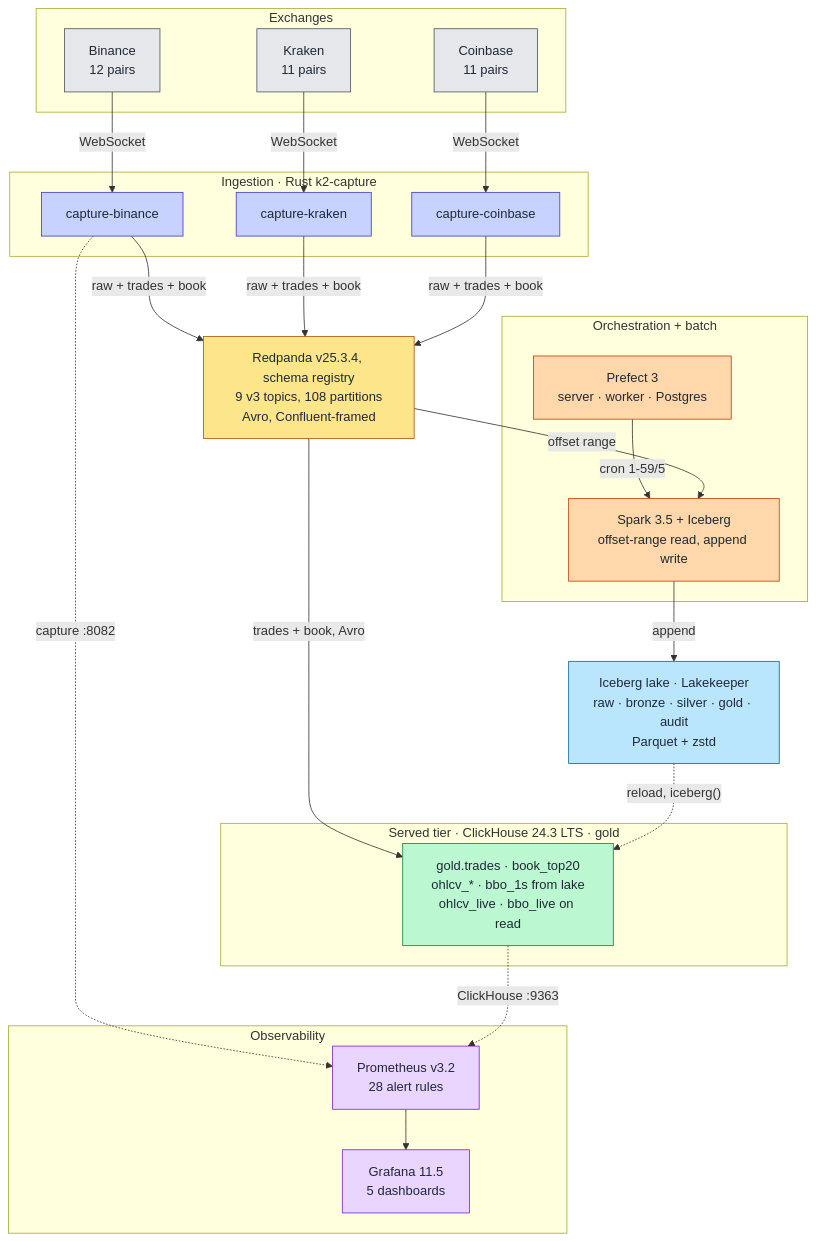
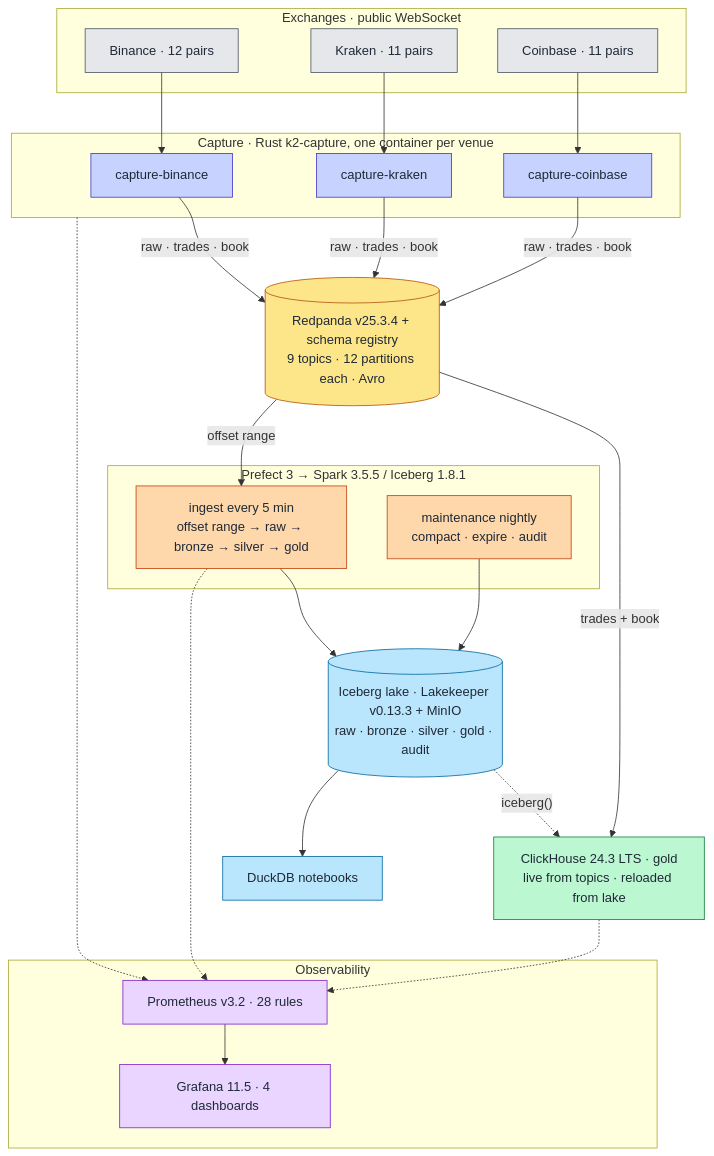
The diagram in docs/architecture/README.md (rjdscott/k2-market-data-platform), drawn with Mermaid before and after one commit. The commit also changed other lines of this file and 3 other files, not shown here.

First line of the commit message:
docs: rewrite README and architecture README to the v3 as-built stack (#105)

````diff
--- a/docs/architecture/README.md
+++ b/docs/architecture/README.md
@@ -13,63 +10,51 @@
 ```mermaid
 flowchart TB
-    subgraph EX["Exchanges"]
-        BIN["Binance<br/>12 pairs"]
-        KRK["Kraken<br/>11 pairs"]
-        CBS["Coinbase<br/>11 pairs"]
+    subgraph EX["Exchanges · public WebSocket"]
+        BIN["Binance · 12 pairs"]
+        KRK["Kraken · 11 pairs"]
+        CBS["Coinbase · 11 pairs"]
     end
-
-    subgraph FH["Ingestion · Rust k2-capture"]
+    subgraph CAP["Capture · Rust k2-capture, one container per venue"]
         FHB["capture-binance"]
         FHK["capture-kraken"]
         FHC["capture-coinbase"]
     end
-
-    RP["Redpanda v25.3.4, schema registry<br/>9 v3 topics, 108 partitions<br/>Avro, Confluent-framed"]
-
-    subgraph CH["Served tier · ClickHouse 24.3 LTS · gold"]
-        MED["gold.trades · book_top20<br/>ohlcv_* · bbo_1s from lake<br/>ohlcv_live · bbo_live on read"]
+    RP[("Redpanda v25.3.4 + schema registry<br/>9 topics · 12 partitions each · Avro")]
+    subgraph BATCH["Prefect 3 → Spark 3.5.5 / Iceberg 1.8.1"]
+        ING["ingest every 5 min<br/>offset range → raw → bronze → silver → gold"]
+        MNT["maintenance nightly<br/>compact · expire · audit"]
+    end
+    ICE[("Iceberg lake · Lakekeeper v0.13.3 + MinIO<br/>raw · bronze · silver · gold · audit")]
+    CH["ClickHouse 24.3 LTS · gold<br/>live from topics · reloaded from lake"]
+    NB["DuckDB notebooks"]
+    subgraph OBS["Observability"]
+        PR["Prometheus v3.2 · 28 rules"]
+        GR["Grafana 11.5 · 4 dashboards"]
     end
 
-    subgraph BATCH["Orchestration + batch"]
-        PF["Prefect 3<br/>server · worker · Postgres"]
-        SP["Spark 3.5 + Iceberg<br/>offset-range read, append write"]
-    end
+    BIN --> FHB
+    KRK --> FHK
+    CBS --> FHC
+    FHB & FHK & FHC -->|"raw · trades · book"| RP
+    RP -->|"trades + book"| CH
+    RP -->|"offset range"| ING --> ICE
+    MNT --> ICE
+    ICE -.->|"iceberg()"| CH
+    ICE --> NB
+    CAP & CH & ING -.-> PR --> GR
 
-    ICE["Iceberg lake · Lakekeeper<br/>raw · bronze · silver · gold · audit<br/>Parquet + zstd"]
-
-    subgraph OBS["Observability"]
-        PR["Prometheus v3.2<br/>28 alert rules"]
-        GR["Grafana 11.5<br/>5 dashboards"]
-    end
-
-    BIN -->|WebSocket| FHB
-    KRK -->|WebSocket| FHK
-    CBS -->|WebSocket| FHC
-    FHB -->|"raw + trades + book"| RP
-    FHK -->|"raw + trades + book"| RP
-    FHC -->|"raw + trades + book"| RP
-    RP -->|"trades + book, Avro"| MED
-    PF -->|"cron 1-59/5"| SP
-    RP -->|"offset range"| SP
-    SP -->|append| ICE
-    ICE -.->|"reload, iceberg()"| MED
-    FHB -.->|"capture :8082"| PR
-    MED -.->|"ClickHouse :9363"| PR
-    PR --> GR
-
-    classDef exchange fill:#e5e7eb,stroke:#4b5563,color:#1f2937
-    classDef rust fill:#c7d2fe,stroke:#4338ca,color:#1f2937
-    classDef stream fill:#fde68a,stroke:#b45309,color:#1f2937
+    classDef ex fill:#e5e7eb,stroke:#4b5563,color:#1f2937
+    classDef rs fill:#c7d2fe,stroke:#4338ca,color:#1f2937
+    classDef rp fill:#fde68a,stroke:#b45309,color:#1f2937
     classDef ch fill:#bbf7d0,stroke:#15803d,color:#1f2937
-    classDef batch fill:#fed7aa,stroke:#c2410c,color:#1f2937
-    classDef storage fill:#bae6fd,stroke:#0369a1,color:#1f2937
-    classDef obs fill:#e9d5ff,stroke:#7e22ce,color:#1f2937
-
-    class BIN,KRK,CBS exchange
-    class FHB,FHK,FHC rust
-    class RP stream
-    class MED ch
-    class PF,SP batch
-    class ICE storage
-    class PR,GR obs
+    classDef sp fill:#fed7aa,stroke:#c2410c,color:#1f2937
+    classDef lk fill:#bae6fd,stroke:#0369a1,color:#1f2937
+    classDef ob fill:#e9d5ff,stroke:#7e22ce,color:#1f2937
+    class BIN,KRK,CBS ex
+    class FHB,FHK,FHC rs
+    class RP rp
+    class CH ch
+    class ING,MNT sp
+    class ICE,NB lk
+    class PR,GR ob
 ```
````
